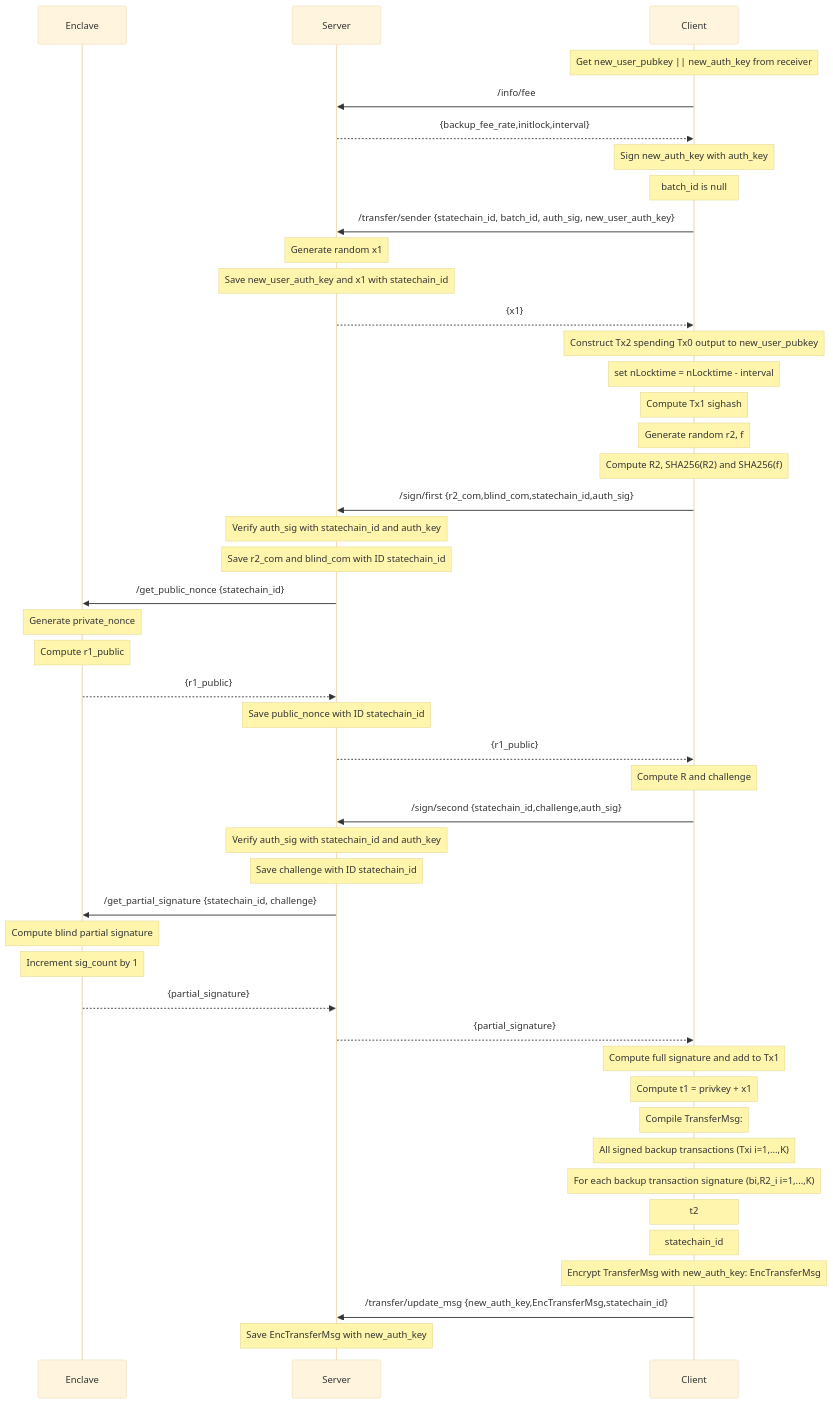
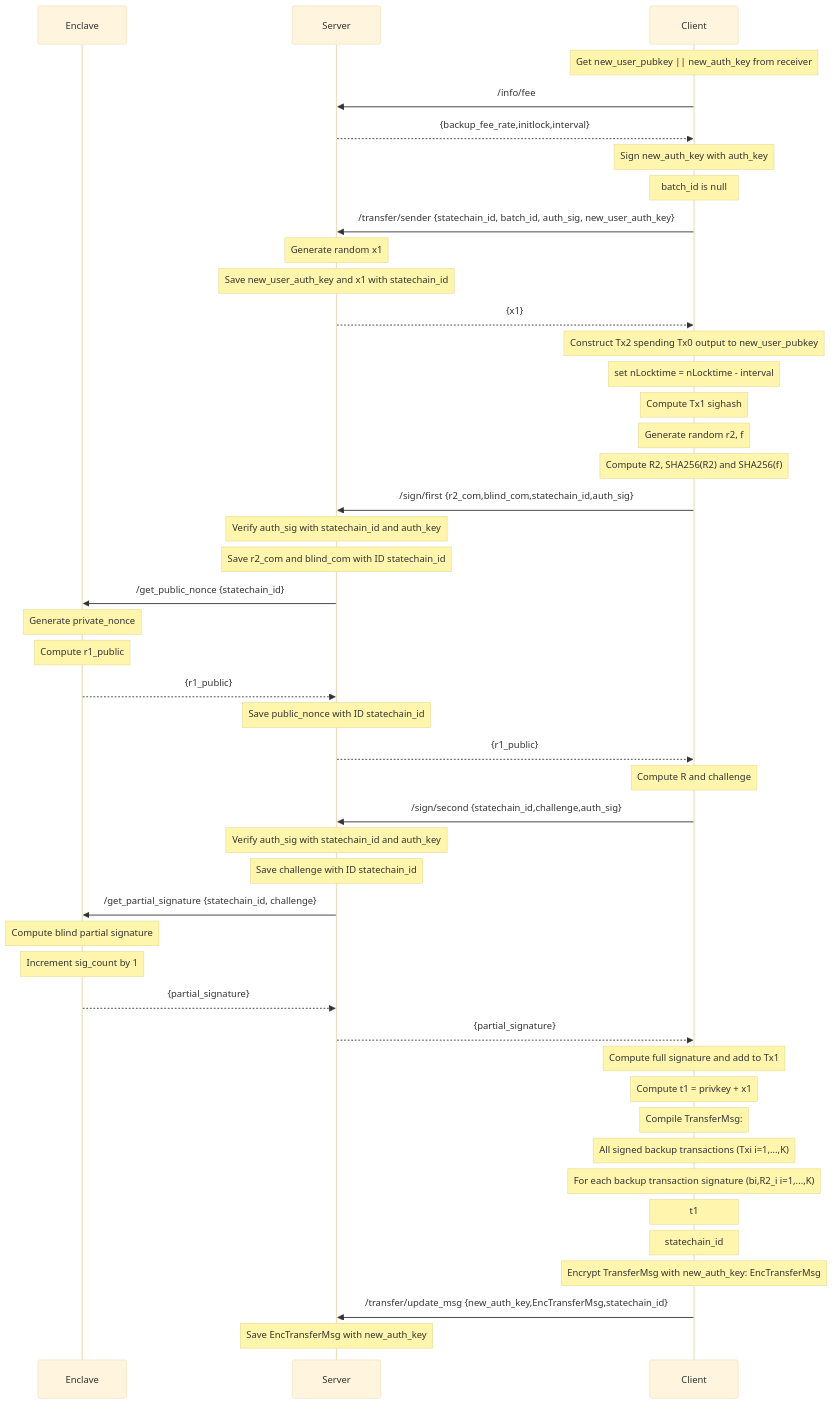
Before and after one commit to commerceblock/mercurylayer: the diagram in docs/transfer_sender_sequence.md, drawn with Mermaid (base theme).

````diff
--- a/docs/transfer_sender_sequence.md
+++ b/docs/transfer_sender_sequence.md
@@ -3,48 +3,48 @@
 ```mermaid
 sequenceDiagram
     participant Enclave
     participant Server
     participant Client
     note over Client: Get new_user_pubkey || new_auth_key from receiver
     Client->>Server: /info/fee
     Server-->>Client: {backup_fee_rate,initlock,interval}
     note over Client: Sign new_auth_key with auth_key
     note over Client: batch_id is null
     Client->>Server: /transfer/sender {statechain_id, batch_id, auth_sig, new_user_auth_key}
     note over Server: Generate random x1
     note over Server: Save new_user_auth_key and x1 with statechain_id
     Server-->>Client: {x1}
     note over Client: Construct Tx2 spending Tx0 output to new_user_pubkey
     note over Client: set nLocktime = nLocktime - interval
     note over Client: Compute Tx1 sighash
     note over Client: Generate random r2, f 
     note over Client: Compute R2, SHA256(R2) and SHA256(f)
     Client->>Server: /sign/first {r2_com,blind_com,statechain_id,auth_sig}
     note over Server: Verify auth_sig with statechain_id and auth_key
     note over Server: Save r2_com and blind_com with ID statechain_id
     Server->>Enclave: /get_public_nonce {statechain_id}
     note over Enclave: Generate private_nonce
     note over Enclave: Compute r1_public
     Enclave-->>Server: {r1_public}
     note over Server: Save public_nonce with ID statechain_id
     Server-->>Client: {r1_public}
     note over Client: Compute R and challenge
     Client->>Server: /sign/second {statechain_id,challenge,auth_sig}
     note over Server: Verify auth_sig with statechain_id and auth_key
     note over Server: Save challenge  with ID statechain_id
     Server->>Enclave: /get_partial_signature {statechain_id, challenge}
     note over Enclave: Compute blind partial signature
     note over Enclave: Increment sig_count by 1
     Enclave-->>Server: {partial_signature}
     Server-->>Client: {partial_signature}
     note over Client: Compute full signature and add to Tx1
     note over Client: Compute t1 = privkey + x1
     note over Client: Compile TransferMsg: 
     note over Client: All signed backup transactions (Txi i=1,...,K)
     note over Client: For each backup transaction signature (bi,R2_i i=1,...,K)
-    note over Client: t2
+    note over Client: t1
     note over Client: statechain_id
     note over Client: Encrypt TransferMsg with new_auth_key: EncTransferMsg
     Client->>Server: /transfer/update_msg {new_auth_key,EncTransferMsg,statechain_id}
     note over Server: Save EncTransferMsg with new_auth_key
 ```
````
